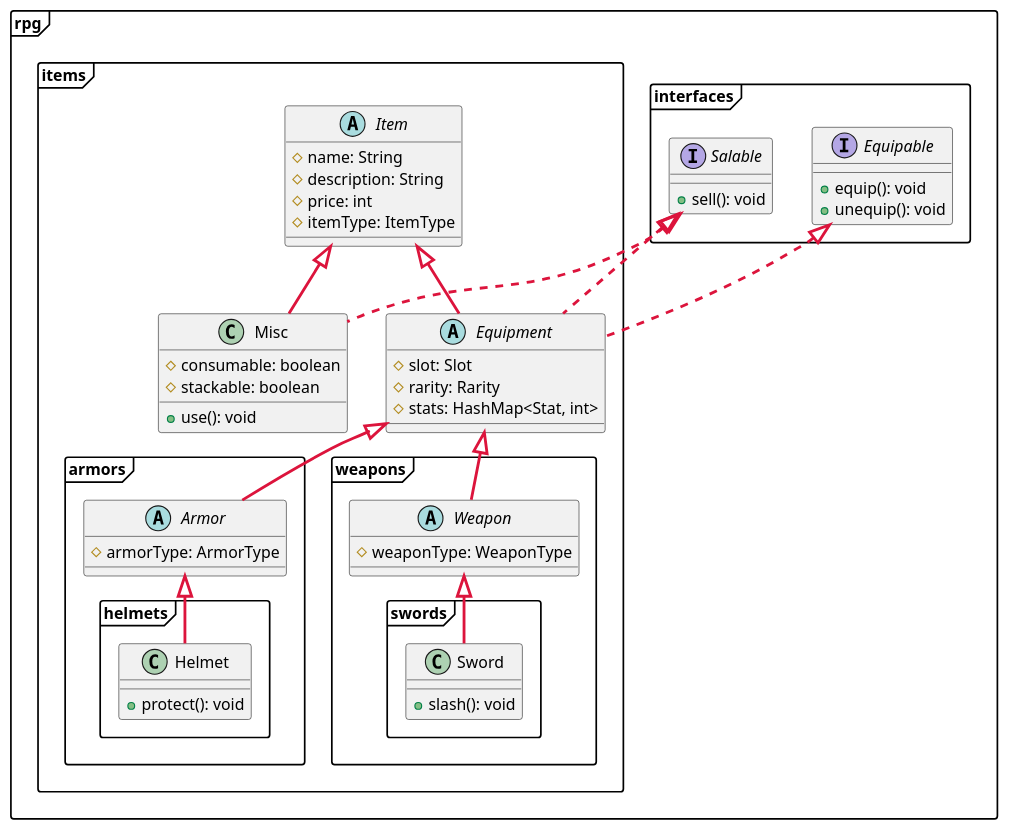
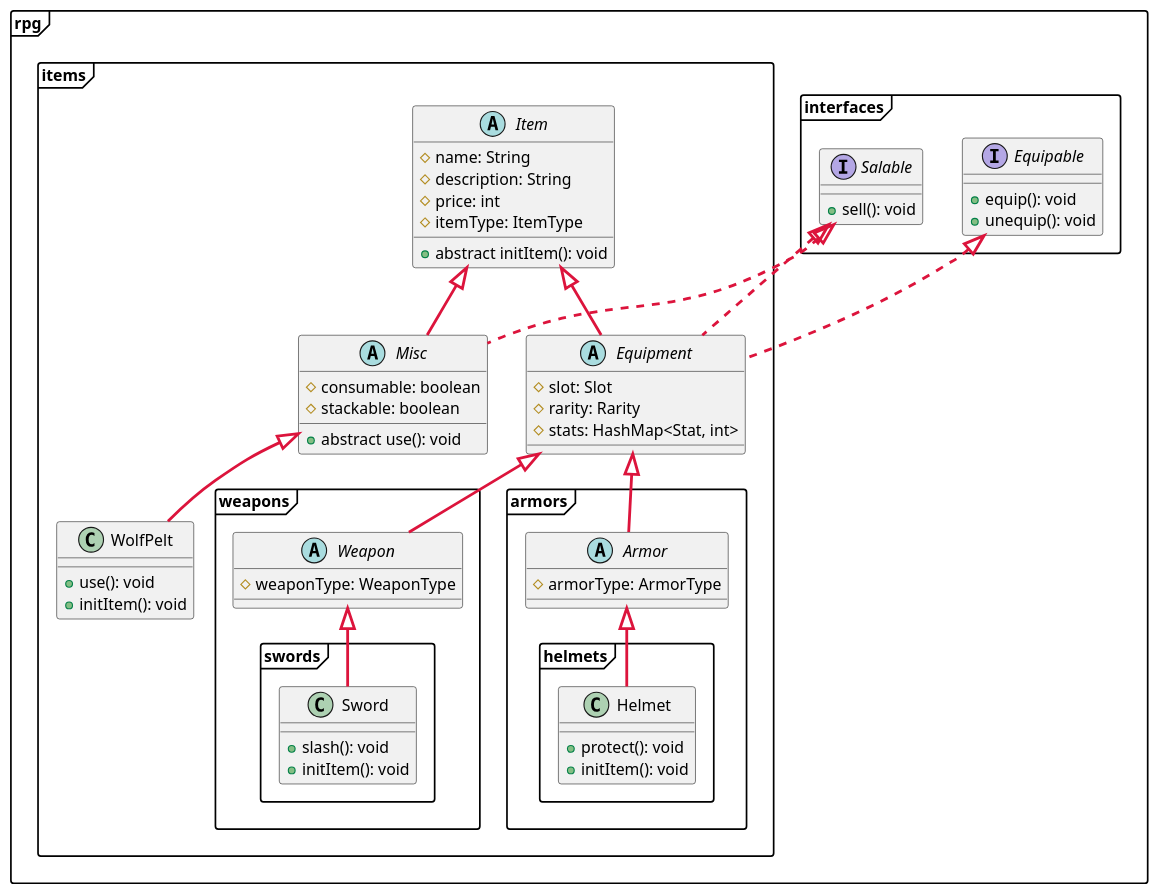
The second of 3 diagrams in Writerside/topics/inventory.md (jesus-castro89/prog_avanzada), drawn with PlantUML before and after one commit. The commit also changed 2 other files, not shown here.

````diff
--- a/Writerside/topics/inventory.md
+++ b/Writerside/topics/inventory.md
@@ -43,45 +43,52 @@
 ```plantuml
 @startuml
 skinparam packageStyle frame
 skinparam arrow{
     color crimson
     headColor crimson
     thickness 2.5
 }
 interface rpg.interfaces.Equipable{
     + equip(): void
     + unequip(): void
 }
 interface rpg.interfaces.Salable{
     + sell(): void
 }
 abstract class rpg.items.Item{
     # name: String
     # description: String
     # price: int
     # itemType: ItemType
+    + abstract initItem(): void
 }
 abstract class rpg.items.Equipment extends rpg.items.Item implements rpg.interfaces.Equipable, rpg.interfaces.Salable{
     # slot: Slot
     # rarity: Rarity
     # stats: HashMap<Stat, int>
 }
 abstract class rpg.items.armors.Armor extends rpg.items.Equipment{
     # armorType: ArmorType
 }
 abstract class rpg.items.weapons.Weapon extends rpg.items.Equipment{
     # weaponType: WeaponType
 }
 class rpg.items.weapons.swords.Sword extends rpg.items.weapons.Weapon{
     + slash(): void
+    + initItem(): void
 }
 class rpg.items.armors.helmets.Helmet extends rpg.items.armors.Armor{
     + protect(): void
+    + initItem(): void
 }
-class rpg.items.Misc extends rpg.items.Item implements rpg.interfaces.Salable{
+abstract class rpg.items.Misc extends rpg.items.Item implements rpg.interfaces.Salable{
     # consumable: boolean
     # stackable: boolean
+    + abstract use(): void
+}
+class rpg.items.WolfPelt extends rpg.items.Misc{
     + use(): void
+    + initItem(): void
 }
 @enduml
 ```
````
